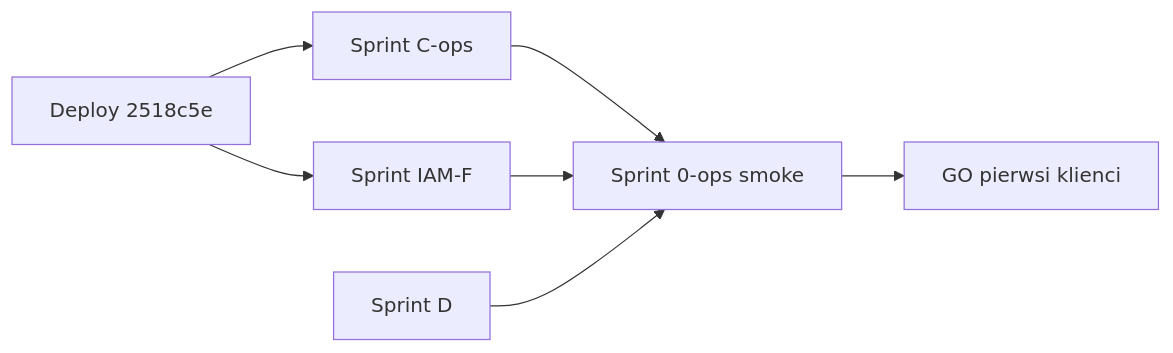
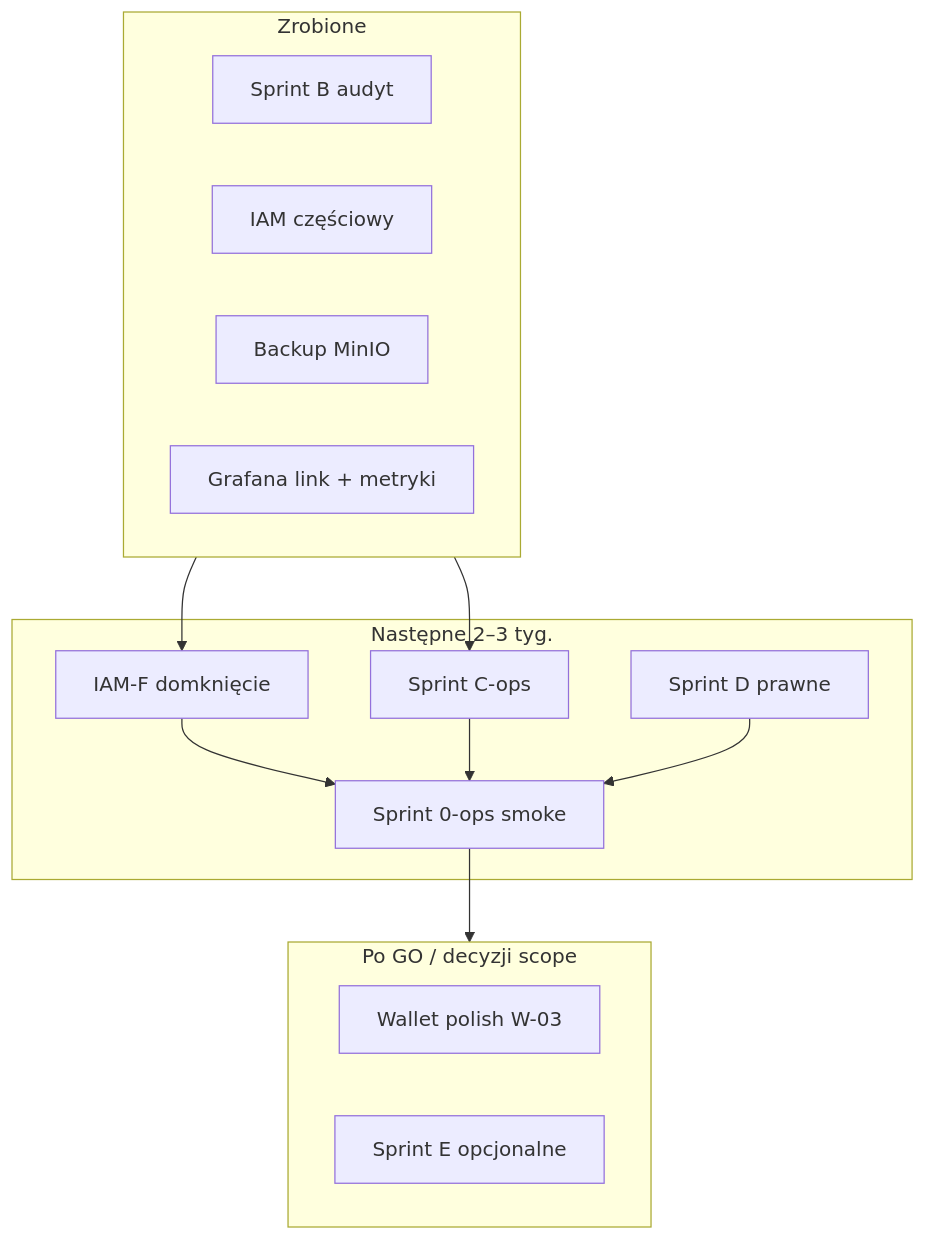
Before and after one commit to dominik-hvln/verris: the diagram in docs/PROPOSED_SPRINTS.md, drawn with Mermaid. The commit also changed other lines of this file and 16 other files, not shown here.

First line of the commit message:
feat(ops): Grafana backup panels and admin/staff monitoring links

````diff
--- a/docs/PROPOSED_SPRINTS.md
+++ b/docs/PROPOSED_SPRINTS.md
@@ -130,14 +22,25 @@
 ```mermaid
-flowchart LR
-  deploy[Deploy 2518c5e]
-  cops[Sprint C-ops]
-  iamf[Sprint IAM-F]
-  smoke[Sprint 0-ops smoke]
-  legal[Sprint D]
-  deploy --> cops
-  deploy --> iamf
-  cops --> smoke
-  iamf --> smoke
-  legal --> smoke
-  smoke --> go[GO pierwsi klienci]
+flowchart TB
+  subgraph done [Zrobione]
+    B[Sprint B audyt]
+    IAM[IAM częściowy]
+    MINIO[Backup MinIO]
+    GRAF[Grafana link + metryki]
+  end
+  subgraph next [Następne 2–3 tyg.]
+    IAMF[IAM-F domknięcie]
+    COPS[Sprint C-ops]
+    LEG[Sprint D prawne]
+    SMK[Sprint 0-ops smoke]
+  end
+  subgraph later [Po GO / decyzji scope]
+    W[Wallet polish W-03]
+    E[Sprint E opcjonalne]
+  end
+  done --> IAMF
+  done --> COPS
+  IAMF --> SMK
+  COPS --> SMK
+  LEG --> SMK
+  SMK --> later
 ```
````
